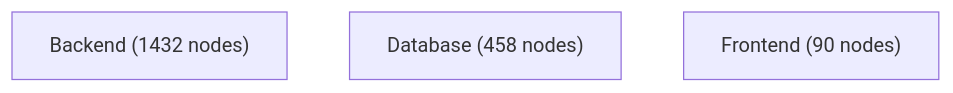
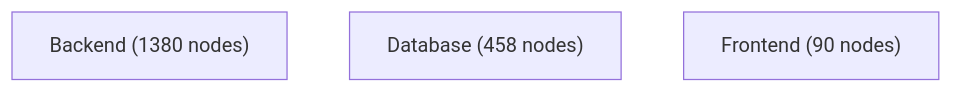
One commit to jankneumann/agentic-coding-tools changed the diagram in docs/architecture-analysis/views/containers.mmd. Above: the diagram before and after it, drawn with Mermaid. The commit also changed 60 other files, not shown here.

```diff
--- a/docs/architecture-analysis/views/containers.mmd
+++ b/docs/architecture-analysis/views/containers.mmd
@@ -1,4 +1,4 @@
 flowchart TB
-    Backend["Backend (1432 nodes)"]
+    Backend["Backend (1380 nodes)"]
     Database["Database (458 nodes)"]
     Frontend["Frontend (90 nodes)"]
```
